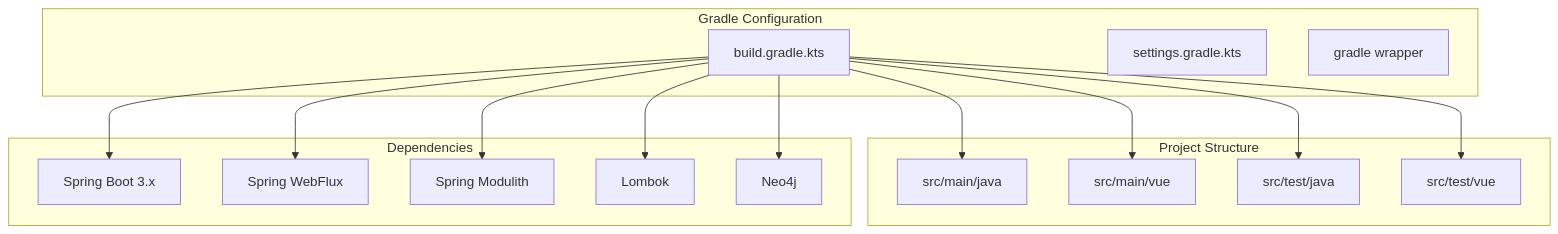
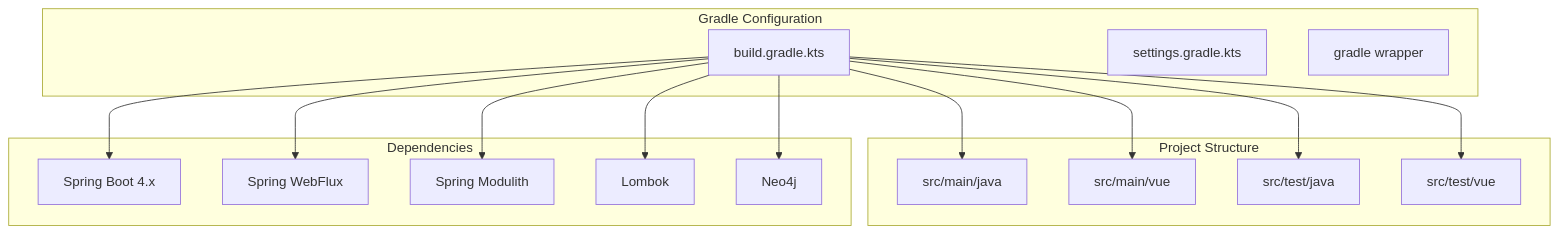
The diagram in docs/tasks/sprint-1/B1.1-gradle-multi-module.md (Lezhik/SpringTwin), drawn with Mermaid before and after one commit. The commit also changed other lines of this file and 9 other files, not shown here.

````diff
--- a/docs/tasks/sprint-1/B1.1-gradle-multi-module.md
+++ b/docs/tasks/sprint-1/B1.1-gradle-multi-module.md
@@ -32,34 +32,34 @@
 ```mermaid
 graph TD
     subgraph Gradle Configuration
         build_gradle[build.gradle.kts]
         settings_gradle[settings.gradle.kts]
         gradle_wrapper[gradle wrapper]
     end
     
     subgraph Project Structure
         src_main_java[src/main/java]
         src_main_vue[src/main/vue]
         src_test_java[src/test/java]
         src_test_vue[src/test/vue]
     end
     
     subgraph Dependencies
-        spring_boot[Spring Boot 3.x]
+        spring_boot[Spring Boot 4.x]
         spring_webflux[Spring WebFlux]
         spring_modulith[Spring Modulith]
         lombok[Lombok]
         neo4j[Neo4j]
     end
     
     build_gradle --> src_main_java
     build_gradle --> src_main_vue
     build_gradle --> src_test_java
     build_gradle --> src_test_vue
     
     build_gradle --> spring_boot
     build_gradle --> spring_webflux
     build_gradle --> spring_modulith
     build_gradle --> lombok
     build_gradle --> neo4j
 ```
````
